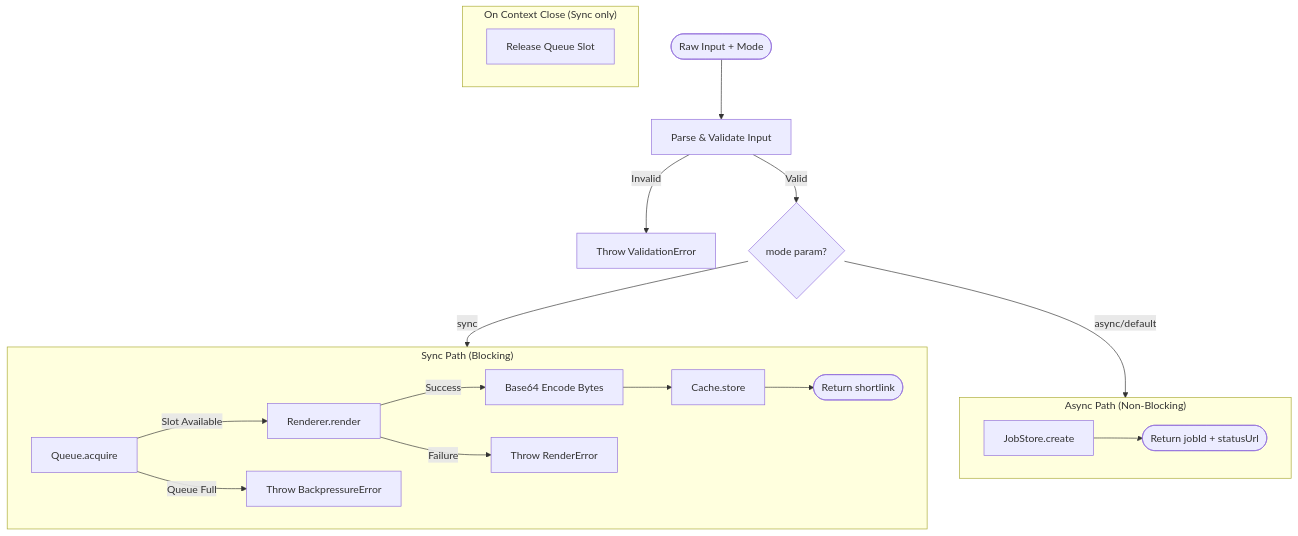
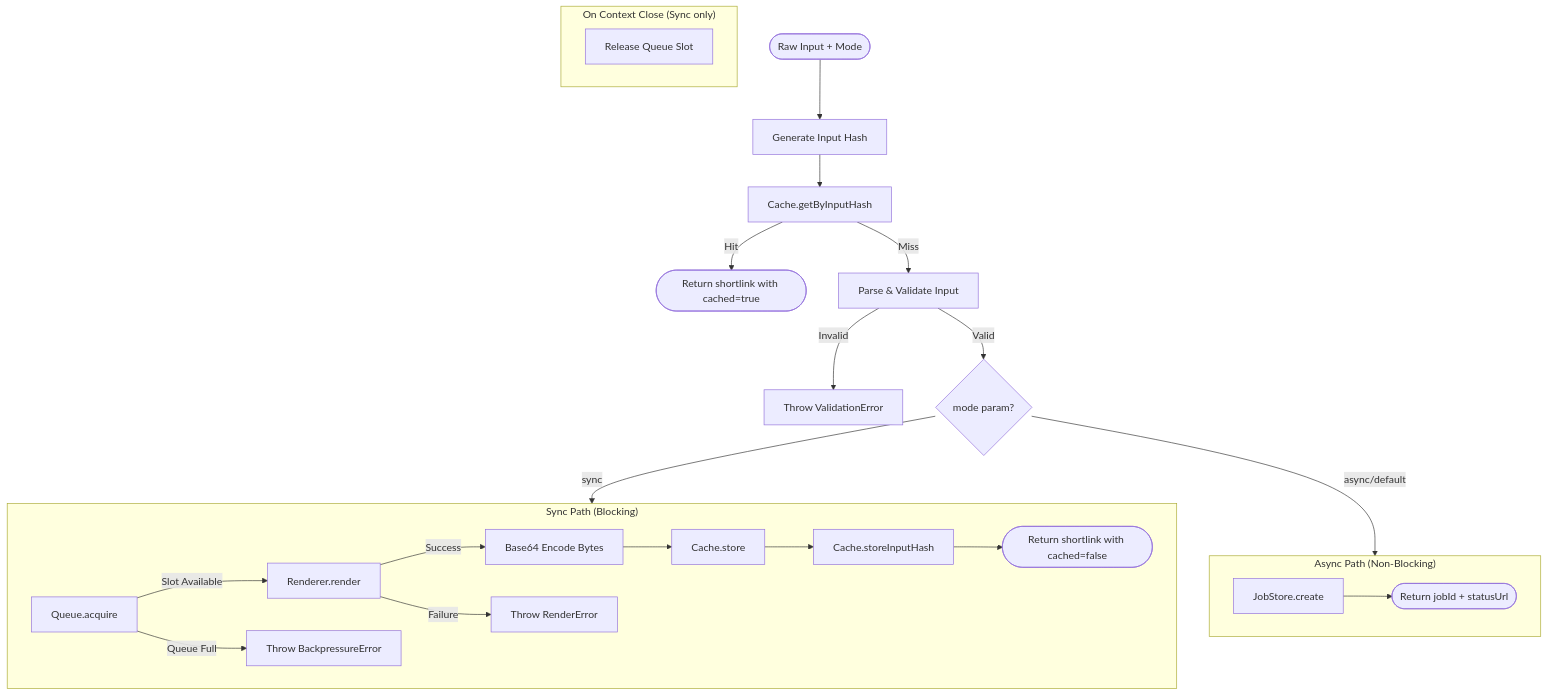
Before and after one commit to lagz0ne/diashort: the diagram in .c3/c3-1-api-server/c3-103-render-flow.md, drawn with Mermaid. The commit also changed other lines of this file and 1 other file, not shown here.

Commit message:
docs: update C3 documentation for input caching and job system
Updated render flow to show input hash caching before rendering.
Added input hash methods to cache contract documentation.
Verified job components (c3-110, c3-111, c3-112) are listed in TOC.

🤖 Generated with [Claude Code](https://claude.com/claude-code)

````diff
--- a/.c3/c3-1-api-server/c3-103-render-flow.md
+++ b/.c3/c3-1-api-server/c3-103-render-flow.md
@@ -22,28 +22,32 @@
 ```mermaid
 flowchart TD
-    Input([Raw Input + Mode]) --> Parse[Parse & Validate Input]
+    Input([Raw Input + Mode]) --> Hash[Generate Input Hash]
+    Hash --> CacheCheck[Cache.getByInputHash]
+    CacheCheck -->|Hit| CachedResult([Return shortlink with cached=true])
+    CacheCheck -->|Miss| Parse[Parse & Validate Input]
     Parse -->|Invalid| ValidationError[Throw ValidationError]
     Parse -->|Valid| ModeCheck{mode param?}
 
     ModeCheck -->|sync| SyncPath[Sync Path]
     ModeCheck -->|async/default| AsyncPath[Async Path]
 
     subgraph SyncPath["Sync Path (Blocking)"]
         Acquire[Queue.acquire]
         Acquire -->|Slot Available| Render[Renderer.render]
         Acquire -->|Queue Full| BackpressureError[Throw BackpressureError]
         Render -->|Success| Encode[Base64 Encode Bytes]
         Render -->|Failure| RenderError[Throw RenderError]
         Encode --> Store[Cache.store]
-        Store --> SyncResult([Return shortlink])
+        Store --> StoreHash[Cache.storeInputHash]
+        StoreHash --> SyncResult([Return shortlink with cached=false])
     end
 
     subgraph AsyncPath["Async Path (Non-Blocking)"]
         CreateJob[JobStore.create]
         CreateJob --> AsyncResult([Return jobId + statusUrl])
     end
 
     subgraph Cleanup["On Context Close (Sync only)"]
         Release[Release Queue Slot]
     end
 ```
````
